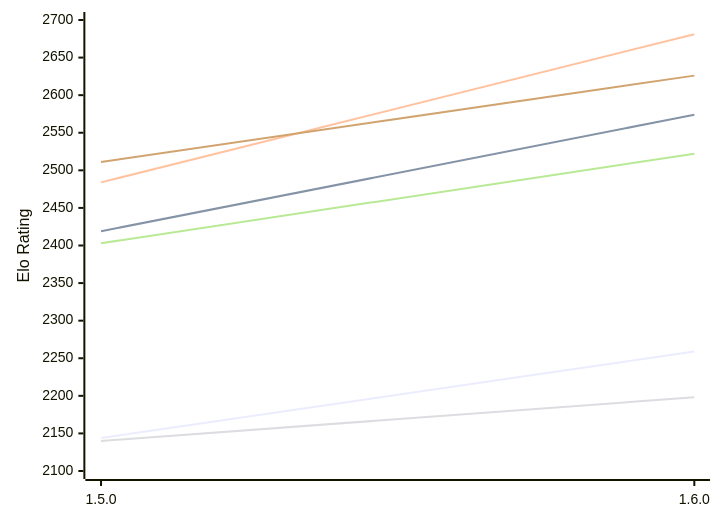
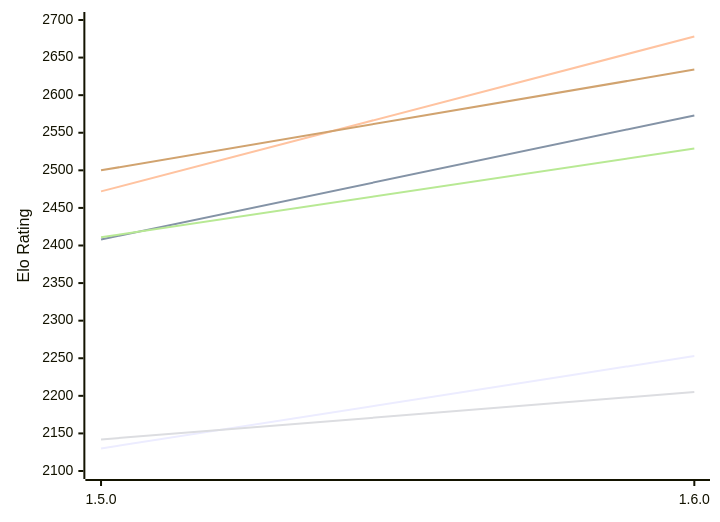
The first of 2 diagrams in engines/Tofiks.md (computer-chess-index/cci), drawn with Mermaid before and after one commit. The commit also changed other lines of this file, not shown here.

Commit message:
Update CCI Ratings (ELO VLTC) - 2026-11-15

````diff
--- a/engines/Tofiks.md
+++ b/engines/Tofiks.md
@@ -51,12 +51,12 @@
 ```mermaid
 %%{init: {"theme":"base","themeVariables":{"seriesColors:['#a3a3a3','#222221','#faa371']}}}%%
 xychart-beta
   x-axis ["1.5.0", "1.6.0"]
   y-axis "Elo Rating" 2100 --> 2700
-  line "E1: STC (8.0+0.08s)" [2144, 2259]
-  line "E1: LTC (60.0+0.60s)" [2419, 2574]
-  line "E1: VLTC (2m24s+1.12s)" [2484, 2681]
-  line "P1: STC (8.0+0.08s)" [2140, 2198]
-  line "P1: LTC (60.0+0.60s)" [2403, 2522]
-  line "P1: VLTC (2m24s+1.12s)" [2511, 2626]
+  line "E1: STC (8.0+0.08s)" [2130, 2253]
+  line "E1: LTC (60.0+0.60s)" [2408, 2573]
+  line "E1: VLTC (2m24s+1.12s)" [2472, 2678]
+  line "P1: STC (8.0+0.08s)" [2142, 2205]
+  line "P1: LTC (60.0+0.60s)" [2411, 2529]
+  line "P1: VLTC (2m24s+1.12s)" [2500, 2634]
 ```
````
